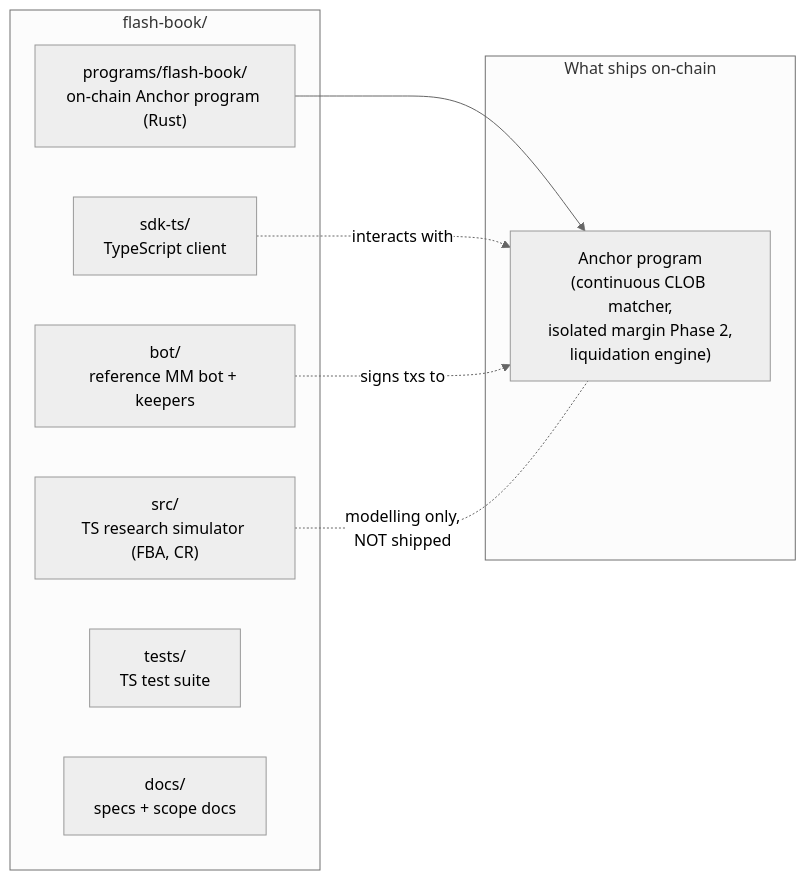
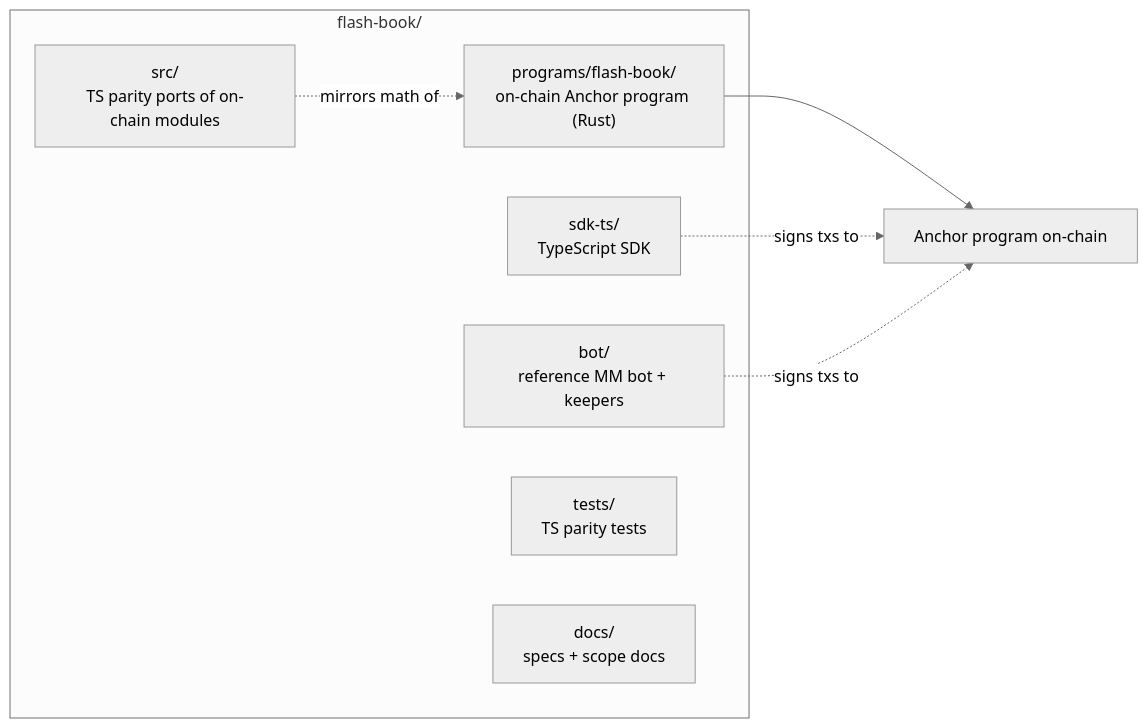
One commit to Abdr007/flash-book changed the eighth of 8 diagrams in docs/DIAGRAMS.md. Above: the diagram before and after it, drawn with Mermaid (neutral theme). The commit also changed other lines of this file and 11 other files, not shown here.

````diff
--- a/docs/DIAGRAMS.md
+++ b/docs/DIAGRAMS.md
@@ -217,20 +213,16 @@
 ```mermaid
 graph LR
     subgraph repo["flash-book/"]
         progs["programs/flash-book/<br/>on-chain Anchor program (Rust)"]
-        sdk["sdk-ts/<br/>TypeScript client"]
+        sdk["sdk-ts/<br/>TypeScript SDK"]
         bot["bot/<br/>reference MM bot + keepers"]
-        src["src/<br/>TS research simulator (FBA, CR)"]
-        tests["tests/<br/>TS test suite"]
+        src["src/<br/>TS parity ports of on-chain modules"]
+        tests["tests/<br/>TS parity tests"]
         docs["docs/<br/>specs + scope docs"]
     end
 
-    subgraph chain["What ships on-chain"]
-        prog["Anchor program<br/>(continuous CLOB matcher,<br/>isolated margin Phase 2,<br/>liquidation engine)"]
-    end
-
-    progs --> prog
-    sdk -. interacts with .-> prog
+    progs --> prog["Anchor program on-chain"]
+    sdk -. signs txs to .-> prog
     bot -. signs txs to .-> prog
-    src -. modelling only,<br/>NOT shipped .- prog
+    src -. mirrors math of .-> progs
 ```
````
